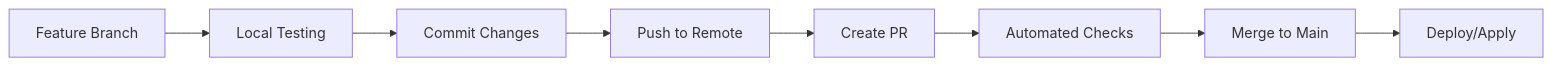
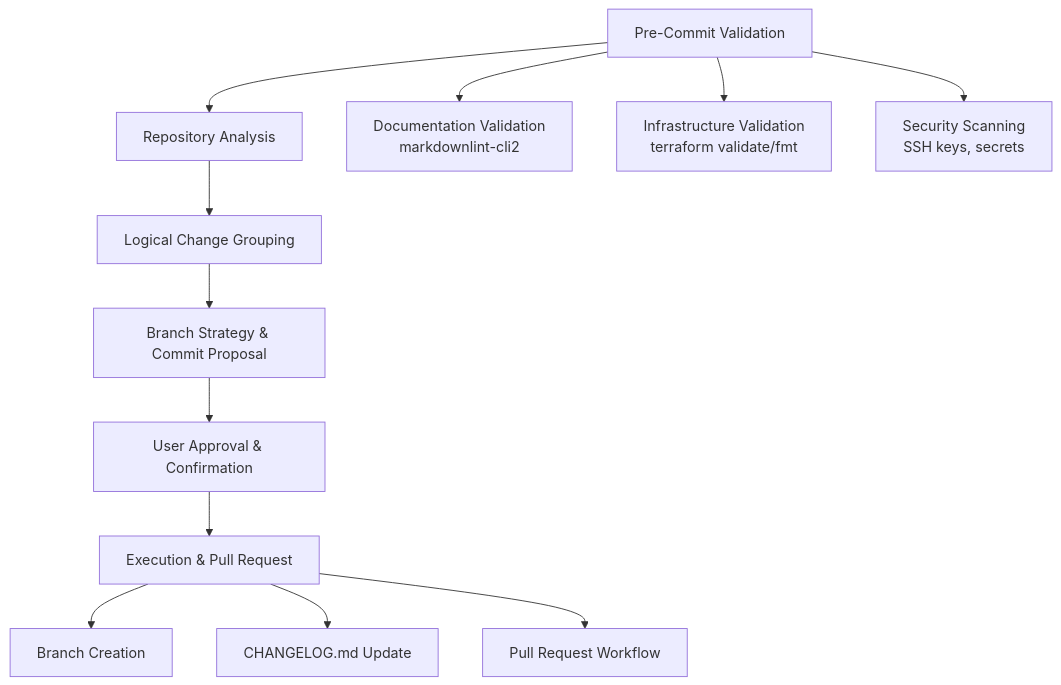
One commit to JacobPEvans/ai-assistant-instructions changed the diagram in IMPLEMENTATION_GUIDE.md. Above: the diagram before and after it, drawn with Mermaid. The commit also changed other lines of this file and 8 other files, not shown here.

````diff
--- a/IMPLEMENTATION_GUIDE.md
+++ b/IMPLEMENTATION_GUIDE.md
@@ -55,10 +92,16 @@
 ```mermaid
-graph LR
-    A[Feature Branch] --> B[Local Testing]
-    B --> C[Commit Changes]
-    C --> D[Push to Remote]
-    D --> E[Create PR]
-    E --> F[Automated Checks]
-    F --> G[Merge to Main]
-    G --> H[Deploy/Apply]
+graph TD
+    A[Pre-Commit Validation] --> B[Repository Analysis]
+    B --> C[Logical Change Grouping]
+    C --> D[Branch Strategy & Commit Proposal]
+    D --> E[User Approval & Confirmation]
+    E --> F[Execution & Pull Request]
+    
+    A --> A1[Documentation Validation<br/>markdownlint-cli2]
+    A --> A2[Infrastructure Validation<br/>terraform validate/fmt]
+    A --> A3[Security Scanning<br/>SSH keys, secrets]
+    
+    F --> F1[Branch Creation]
+    F --> F2[CHANGELOG.md Update]
+    F --> F3[Pull Request Workflow]
 ```
````
